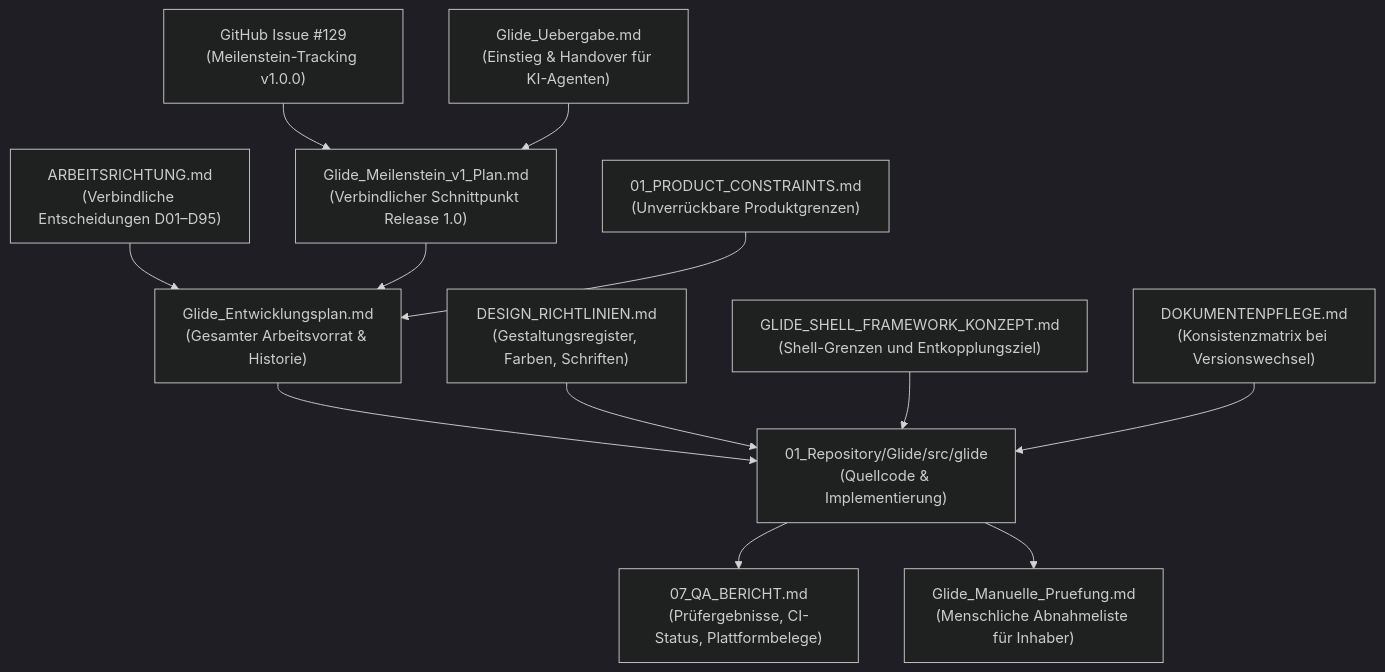
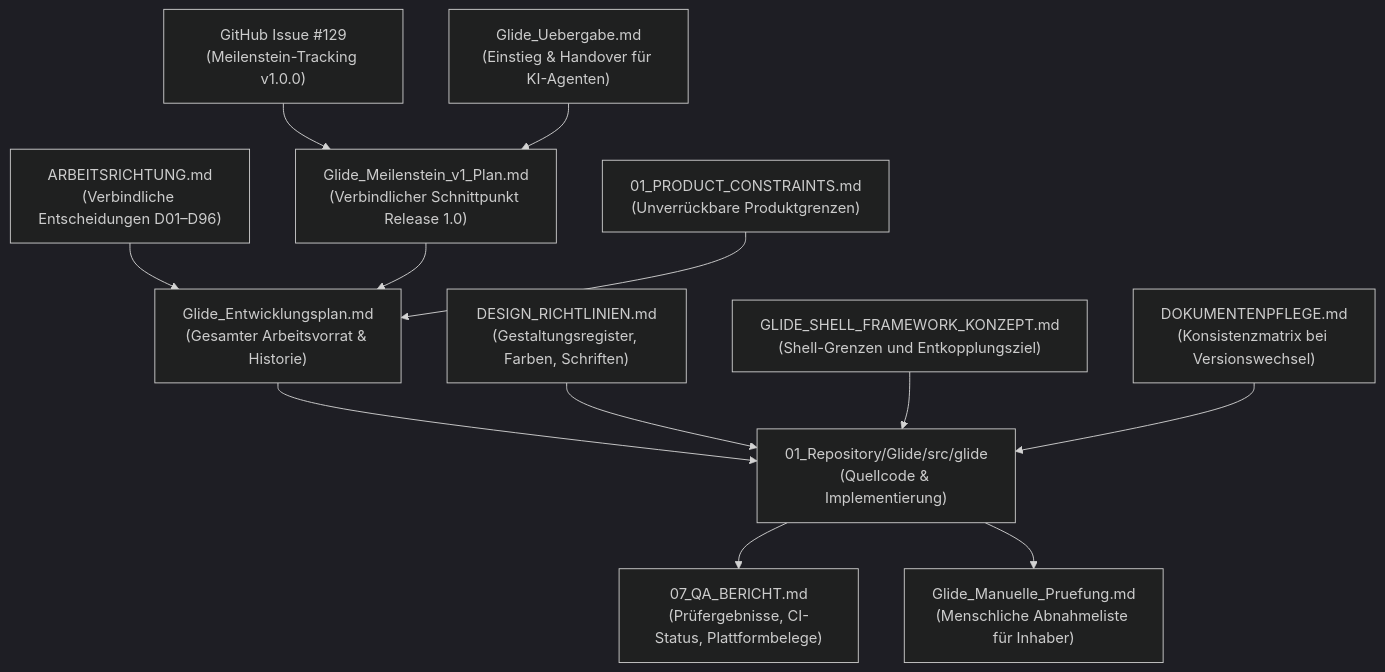
One commit to n05a-design/glide-to-do changed the first of 2 diagrams in 00_Arbeitsvorbereitung/Glide_Uebergabe.md. Above: the diagram before and after it, drawn with Mermaid (dark theme). The commit also changed other lines of this file and 29 other files, not shown here.

````diff
--- a/00_Arbeitsvorbereitung/Glide_Uebergabe.md
+++ b/00_Arbeitsvorbereitung/Glide_Uebergabe.md
@@ -66,14 +66,14 @@
 ```mermaid
 flowchart TD
-    AR["ARBEITSRICHTUNG.md<br/>(Verbindliche Entscheidungen D01–D95)"] --> EP["Glide_Entwicklungsplan.md<br/>(Gesamter Arbeitsvorrat & Historie)"]
+    AR["ARBEITSRICHTUNG.md<br/>(Verbindliche Entscheidungen D01–D96)"] --> EP["Glide_Entwicklungsplan.md<br/>(Gesamter Arbeitsvorrat & Historie)"]
     MPLAN["Glide_Meilenstein_v1_Plan.md<br/>(Verbindlicher Schnittpunkt Release 1.0)"] --> EP
     ISSUE["GitHub Issue #129<br/>(Meilenstein-Tracking v1.0.0)"] --> MPLAN
     PC["01_PRODUCT_CONSTRAINTS.md<br/>(Unverrückbare Produktgrenzen)"] --> EP
     EP --> PROD["01_Repository/Glide/src/glide<br/>(Quellcode & Implementierung)"]
     DR["DESIGN_RICHTLINIEN.md<br/>(Gestaltungsregister, Farben, Schriften)"] --> PROD
     SK["GLIDE_SHELL_FRAMEWORK_KONZEPT.md<br/>(Shell-Grenzen und Entkopplungsziel)"] --> PROD
     PROD --> QA["07_QA_BERICHT.md<br/>(Prüfergebnisse, CI-Status, Plattformbelege)"]
     PROD --> MAN["Glide_Manuelle_Pruefung.md<br/>(Menschliche Abnahmeliste für Inhaber)"]
     DP["DOKUMENTENPFLEGE.md<br/>(Konsistenzmatrix bei Versionswechsel)"] --> PROD
     UEB["Glide_Uebergabe.md<br/>(Einstieg & Handover für KI-Agenten)"] --> MPLAN
 ```
````
